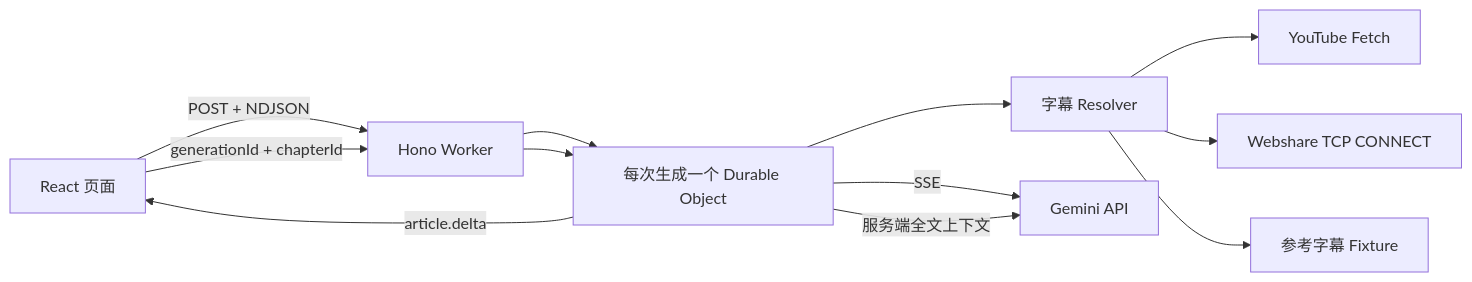
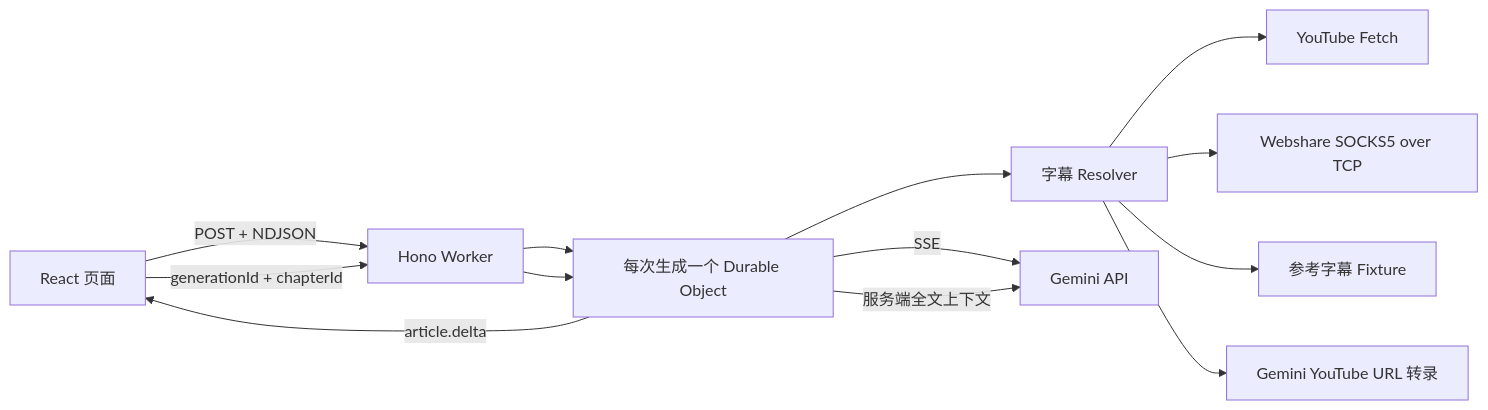
The diagram in README.md (jay88159/youtube-dialogue-studio), drawn with Mermaid before and after one commit. The commit also changed other lines of this file and 20 other files, not shown here.

Commit message:
fix: recover from blocked YouTube transcripts

````diff
--- a/README.md
+++ b/README.md
@@ -41,14 +42,15 @@
 ```mermaid
 flowchart LR
     Browser["React 页面"] -->|"POST + NDJSON"| API["Hono Worker"]
     API --> Session["每次生成一个 Durable Object"]
     Session --> Resolver["字幕 Resolver"]
     Resolver --> Direct["YouTube Fetch"]
-    Resolver --> Proxy["Webshare TCP CONNECT"]
+    Resolver --> Proxy["Webshare SOCKS5 over TCP"]
     Resolver --> Fixture["参考字幕 Fixture"]
+    Resolver --> Video["Gemini YouTube URL 转录"]
     Session -->|"SSE"| Gemini["Gemini API"]
     Session -->|"article.delta"| Browser
     Browser -->|"generationId + chapterId"| API
     API --> Session
     Session -->|"服务端全文上下文"| Gemini
 ```
````
